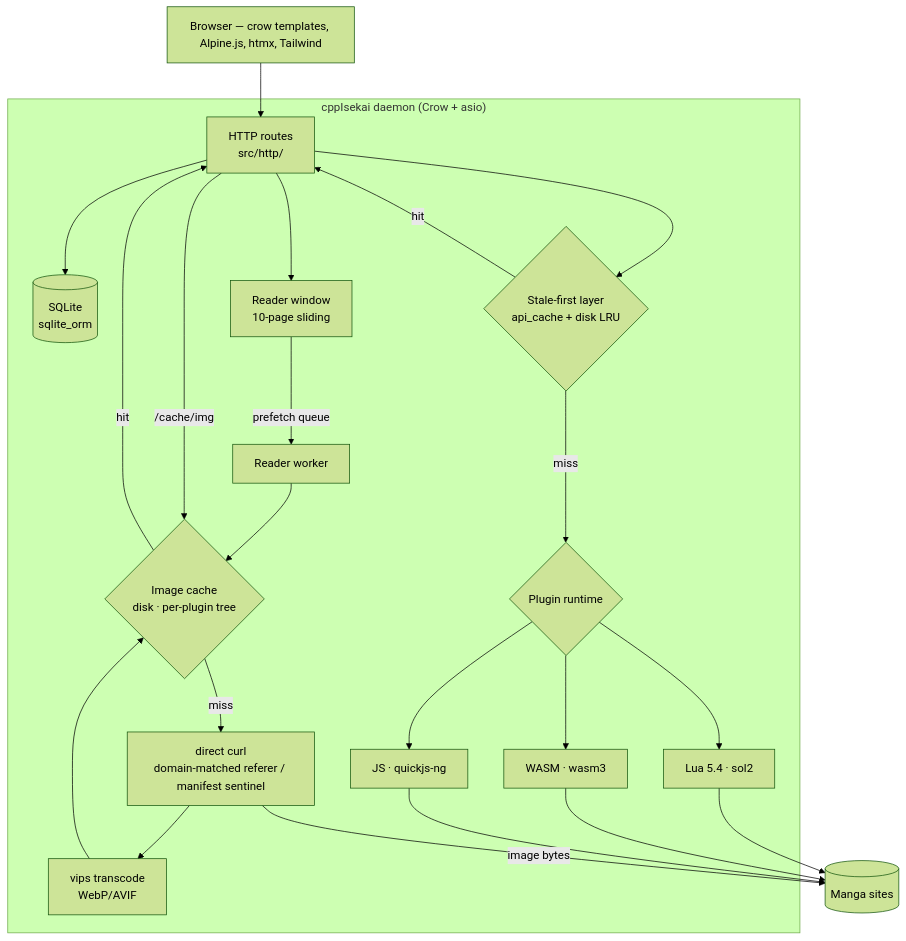
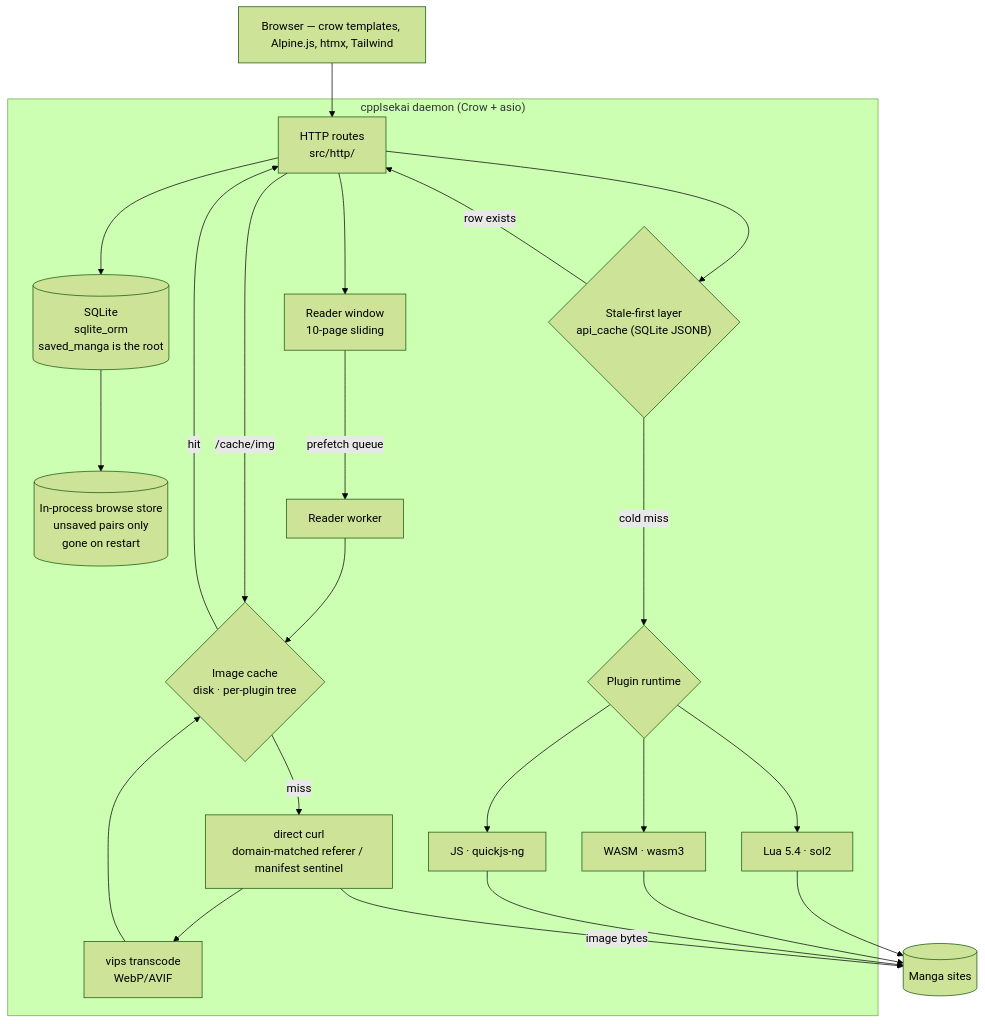
Before and after one commit to kenzanin/cppIsekai: the first of 3 diagrams in README.md, drawn with Mermaid (forest theme). The commit also changed other lines of this file and 2 other files, not shown here.

Commit message:
docs: README truth-pass - no-FK prose, ownership ERD, ephemeral store in diagrams, route/cache/layout facts

````diff
--- a/README.md
+++ b/README.md
@@ -41,24 +41,25 @@
 ```mermaid
 flowchart TB
     UI["Browser — crow templates, Alpine.js, htmx, Tailwind"] --> HTTP
     subgraph daemon["cppIsekai daemon (Crow + asio)"]
-        HTTP["HTTP routes<br/>src/http/"] --> Store[("SQLite<br/>sqlite_orm")]
-        HTTP --> Stale{"Stale-first layer<br/>api_cache + disk LRU"}
-        Stale -- hit --> HTTP
-        Stale -- miss --> Plugins{"Plugin runtime"}
+        HTTP["HTTP routes<br/>src/http/"] --> Store[("SQLite<br/>sqlite_orm<br/>saved_manga is the root")]
+        Store --> Mem[("In-process browse store<br/>unsaved pairs only<br/>gone on restart")]
+        HTTP --> Stale{"Stale-first layer<br/>api_cache (SQLite JSONB)"}
+        Stale -- row exists --> HTTP
+        Stale -- cold miss --> Plugins{"Plugin runtime"}
         Plugins --> Lua["Lua 5.4 · sol2"]
         Plugins --> Wasm["WASM · wasm3"]
         Plugins --> Js["JS · quickjs-ng"]
         HTTP --> Window["Reader window<br/>10-page sliding"]
         Window -- prefetch queue --> Worker["Reader worker"]
         Worker --> ImgCache{"Image cache<br/>disk · per-plugin tree"}
         HTTP -- /cache/img --> ImgCache
         ImgCache -- hit --> HTTP
         ImgCache -- miss --> Curl["direct curl<br/>domain-matched referer / manifest sentinel"]
         Curl --> Vips["vips transcode<br/>WebP/AVIF"] --> ImgCache
     end
     Lua --> Sites[("Manga sites")]
     Wasm --> Sites
     Js --> Sites
     Curl -- image bytes --> Sites
 ```
````
